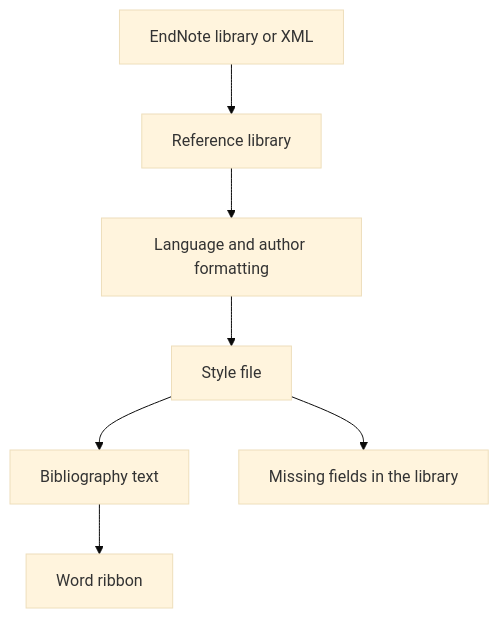
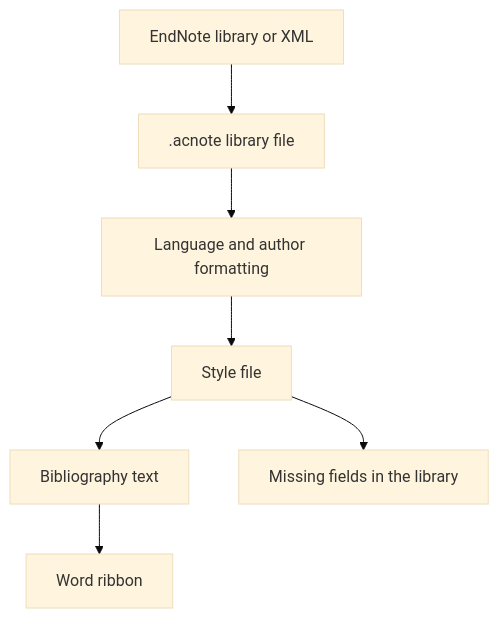
One commit to DLWangSan/acnote changed the diagram in README.md. Above: the diagram before and after it, drawn with Mermaid (base theme). The commit also changed other lines of this file and 26 other files, not shown here.

````diff
--- a/README.md
+++ b/README.md
@@ -91,9 +87,9 @@
 ```mermaid
 flowchart TD
-    A[EndNote library or XML] --> B[Reference library]
+    A[EndNote library or XML] --> B[.acnote library file]
     B --> C[Language and author formatting]
     C --> D[Style file]
     D --> E[Bibliography text]
     D --> F[Missing fields in the library]
     E --> G[Word ribbon]
 ```
````
